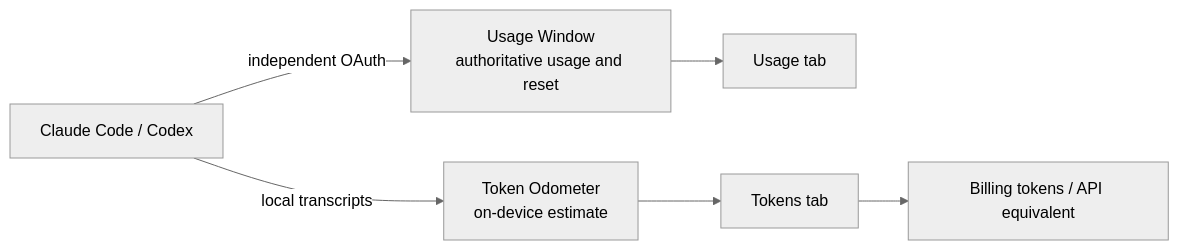
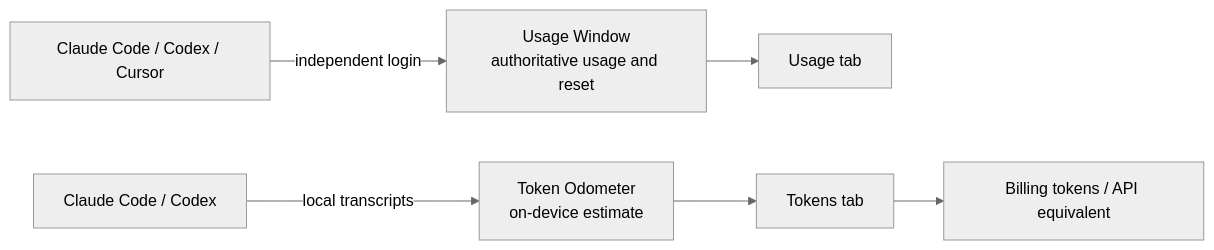
Before and after one commit to zhangchi0104/agent-sessions: the diagram in README.md, drawn with Mermaid (neutral theme). The commit also changed other lines of this file and 57 other files, not shown here.

First line of the commit message:
feat(TokenStats): add Cursor subscription tracking

````diff
--- a/README.md
+++ b/README.md
@@ -49,8 +49,8 @@
 ```mermaid
 flowchart LR
-  A["Claude Code / Codex"] -->|"independent OAuth"| U["Usage Window<br/>authoritative usage and reset"]
-  A -->|"local transcripts"| T["Token Odometer<br/>on-device estimate"]
+  A["Claude Code / Codex / Cursor"] -->|"independent login"| U["Usage Window<br/>authoritative usage and reset"]
+  C["Claude Code / Codex"] -->|"local transcripts"| T["Token Odometer<br/>on-device estimate"]
   U --> V["Usage tab"]
   T --> K["Tokens tab"]
   K --> P["Billing tokens / API equivalent"]
 ```
````
